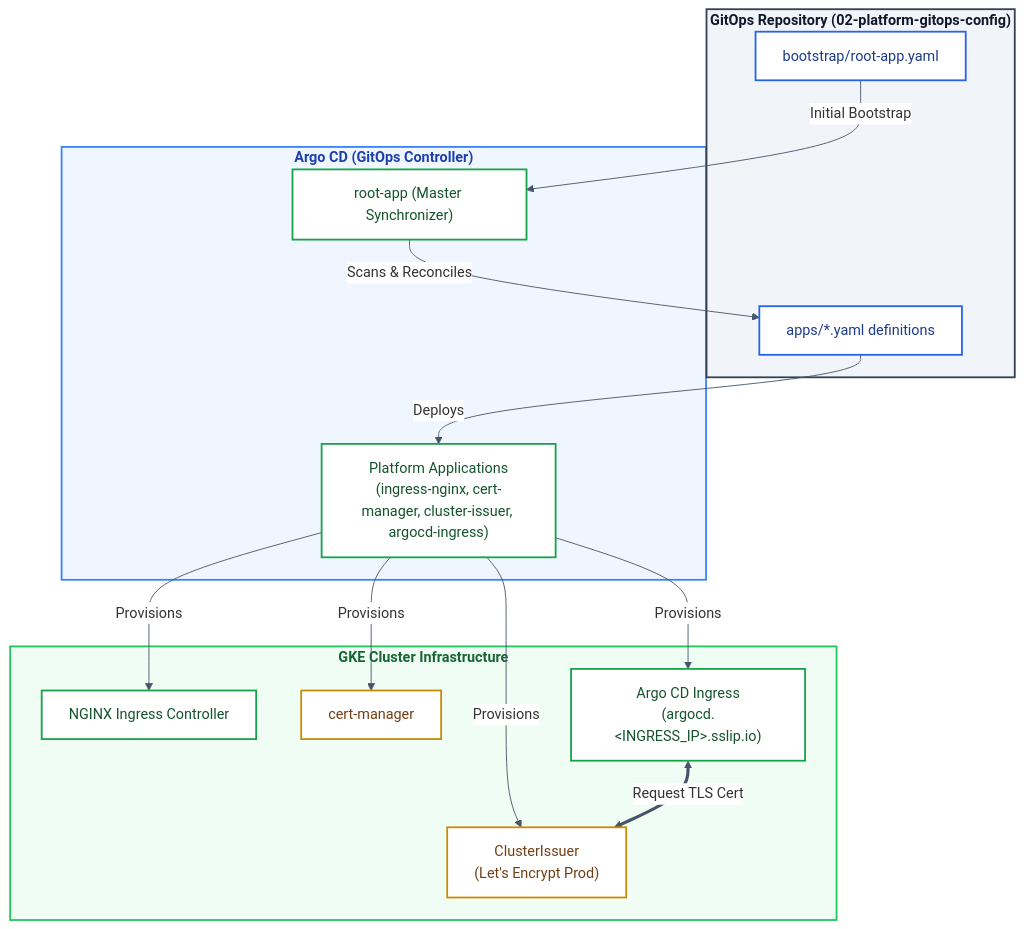
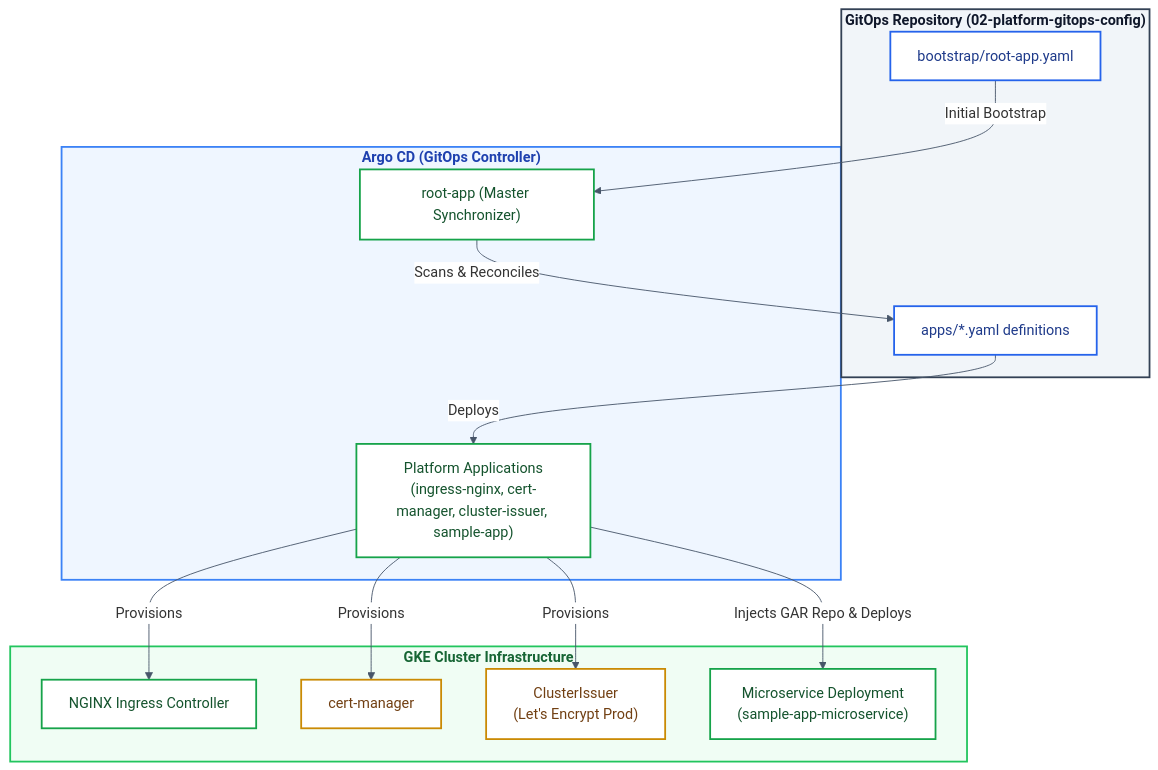
Before and after one commit to vladimir-evdokimov-pro/02-platform-gitops-config: the diagram in README.md, drawn with Mermaid. The commit also changed other lines of this file, not shown here.

````diff
--- a/README.md
+++ b/README.md
@@ -31,47 +31,46 @@
 ```mermaid
 %%{
   init: {
     'theme': 'base',
     'themeVariables': {
       'primaryColor': '#ffffff',
       'primaryBorderColor': '#475569',
       'lineColor': '#475569',
       'textColor': '#0f172a'
     }
   }
 }%%
 graph TD
     style GITHUB fill:#f1f5f9,stroke:#334155,stroke-width:2px
     style ARGOCD fill:#eff6ff,stroke:#3b82f6,stroke-width:2px
     style INFRA fill:#f0fdf4,stroke:#22c55e,stroke-width:2px
 
     classDef gitBlue fill:#ffffff,stroke:#2563eb,stroke-width:2px,color:#1e3a8a;
     classDef k8sGreen fill:#ffffff,stroke:#16a34a,stroke-width:2px,color:#14532d;
     classDef certYellow fill:#ffffff,stroke:#ca8a04,stroke-width:2px,color:#713f12;
 
     subgraph GITHUB["<font color='#0f172a'><b>GitOps Repository (02-platform-gitops-config)</b></font>"]
         ROOT_FILE["bootstrap/root-app.yaml"]:::gitBlue
         APPS_DIR["apps/*.yaml definitions"]:::gitBlue
     end
 
     subgraph ARGOCD["<font color='#1e40af'><b>Argo CD (GitOps Controller)</b></font>"]
         ROOT_APP["root-app (Master Synchronizer)"]:::k8sGreen
-        SUB_APPS["Platform Applications<br/>(ingress-nginx, cert-manager, cluster-issuer, argocd-ingress)"]:::k8sGreen
+        SUB_APPS["Platform Applications<br/>(ingress-nginx, cert-manager, cluster-issuer, sample-app)"]:::k8sGreen
     end
 
     subgraph INFRA["<font color='#166534'><b>GKE Cluster Infrastructure</b></font>"]
         NGINX["NGINX Ingress Controller"]:::k8sGreen
         CERT["cert-manager"]:::certYellow
         ISSUER["ClusterIssuer<br/>(Let's Encrypt Prod)"]:::certYellow
-        INGRESS["Argo CD Ingress<br/>(argocd.&lt;INGRESS_IP&gt;.sslip.io)"]:::k8sGreen
+        WORKLOAD["Microservice Deployment<br/>(sample-app-microservice)"]:::k8sGreen
     end
 
     ROOT_FILE -->|Initial Bootstrap| ROOT_APP
     ROOT_APP -->|Scans & Reconciles| APPS_DIR
     APPS_DIR -->|Deploys| SUB_APPS
     SUB_APPS -->|Provisions| NGINX
     SUB_APPS -->|Provisions| CERT
     SUB_APPS -->|Provisions| ISSUER
-    SUB_APPS -->|Provisions| INGRESS
-    INGRESS <==>|Request TLS Cert| ISSUER
+    SUB_APPS -->|Injects GAR Repo & Deploys| WORKLOAD
 ```
````
